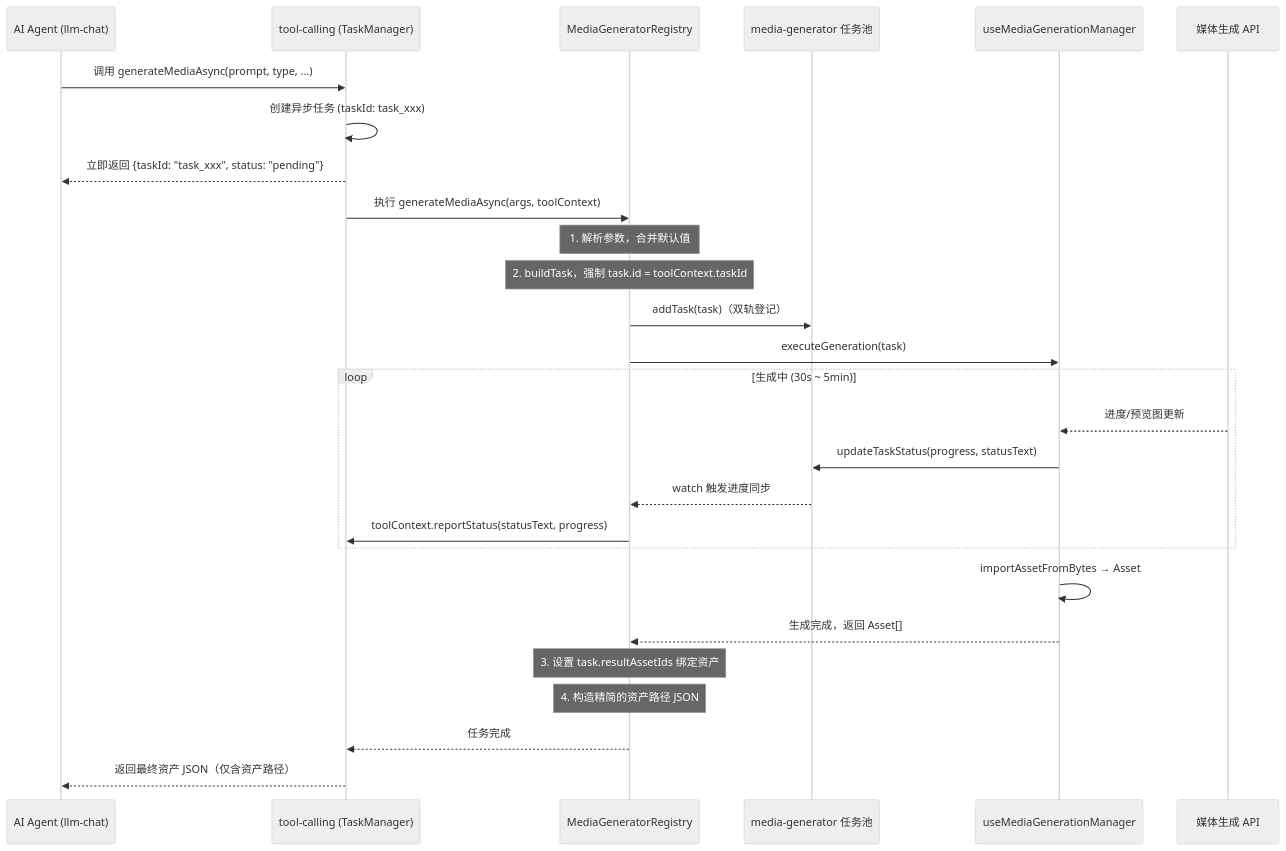
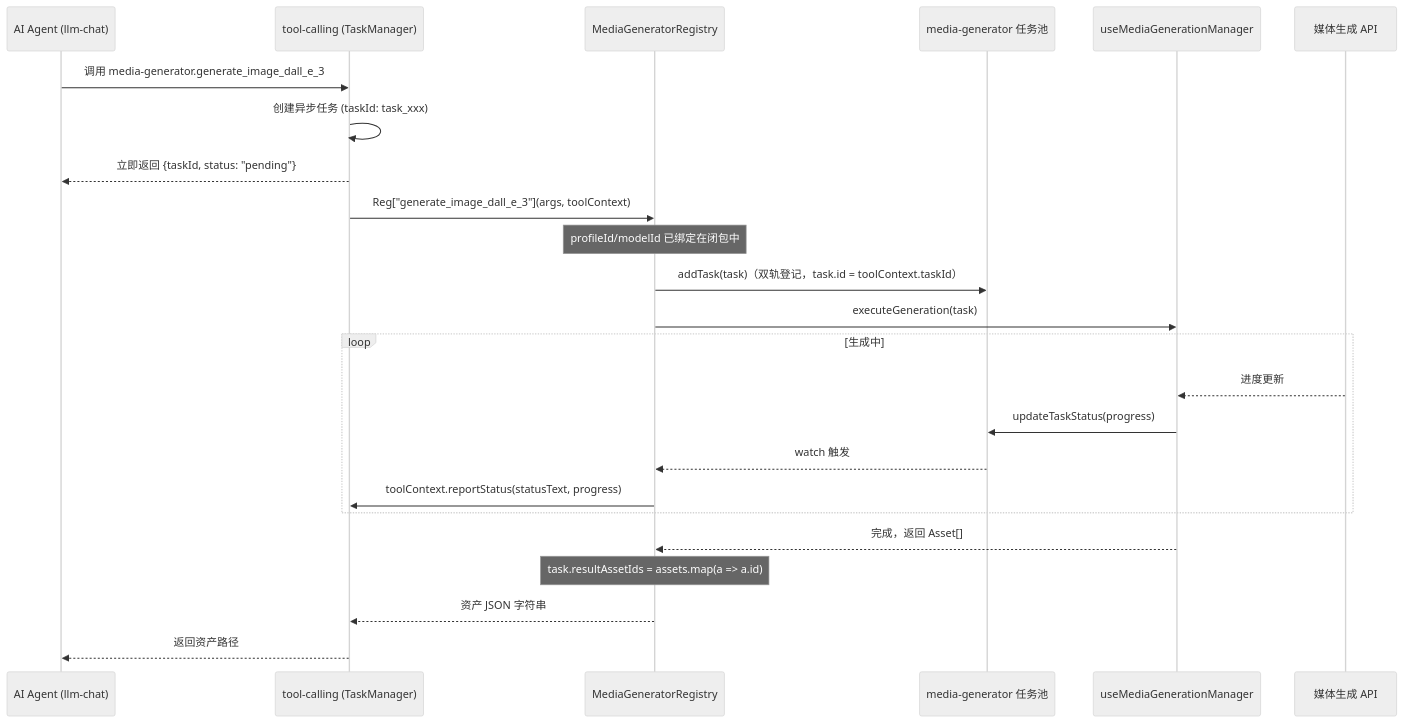
Before and after one commit to miaotouy/aio-hub: the third of 3 diagrams in src/tools/media-generator/doc/Plan/agent-integration-plan.md, drawn with Mermaid (neutral theme). The commit also changed other lines of this file, not shown here.

First line of the commit message:
docs(media-generator): 重构Agent集成方案为动态独立方法架构

````diff
--- a/src/tools/media-generator/doc/Plan/agent-integration-plan.md
+++ b/src/tools/media-generator/doc/Plan/agent-integration-plan.md
@@ -154,35 +203,30 @@
 ```mermaid
 sequenceDiagram
     participant Agent as AI Agent (llm-chat)
     participant TC as tool-calling (TaskManager)
     participant Reg as MediaGeneratorRegistry
     participant Store as media-generator 任务池
     participant Mgr as useMediaGenerationManager
     participant API as 媒体生成 API
 
-    Agent->>TC: 调用 generateMediaAsync(prompt, type, ...)
+    Agent->>TC: 调用 media-generator.generate_image_dall_e_3
     TC->>TC: 创建异步任务 (taskId: task_xxx)
-    TC-->>Agent: 立即返回 {taskId: "task_xxx", status: "pending"}
+    TC-->>Agent: 立即返回 {taskId, status: "pending"}
 
-    TC->>Reg: 执行 generateMediaAsync(args, toolContext)
-    Note over Reg: 1. 解析参数，合并默认值
-    Note over Reg: 2. buildTask，强制 task.id = toolContext.taskId
-    Reg->>Store: addTask(task)（双轨登记）
-
+    TC->>Reg: Reg["generate_image_dall_e_3"](args, toolContext)
+    Note over Reg: profileId/modelId 已绑定在闭包中
+    Reg->>Store: addTask(task)（双轨登记，task.id = toolContext.taskId）
     Reg->>Mgr: executeGeneration(task)
 
-    loop 生成中 (30s ~ 5min)
-        API-->>Mgr: 进度/预览图更新
-        Mgr->>Store: updateTaskStatus(progress, statusText)
-        Store-->>Reg: watch 触发进度同步
+    loop 生成中
+        API-->>Mgr: 进度更新
+        Mgr->>Store: updateTaskStatus(progress)
+        Store-->>Reg: watch 触发
         Reg->>TC: toolContext.reportStatus(statusText, progress)
     end
 
-    Mgr->>Mgr: importAssetFromBytes → Asset
-    Mgr-->>Reg: 生成完成，返回 Asset[]
-
-    Note over Reg: 3. 设置 task.resultAssetIds 绑定资产
-    Note over Reg: 4. 构造精简的资产路径 JSON
-    Reg-->>TC: 任务完成
-    TC-->>Agent: 返回最终资产 JSON（仅含资产路径）
+    Mgr-->>Reg: 完成，返回 Asset[]
+    Note over Reg: task.resultAssetIds = assets.map(a => a.id)
+    Reg-->>TC: 资产 JSON 字符串
+    TC-->>Agent: 返回资产路径
 ```
````
